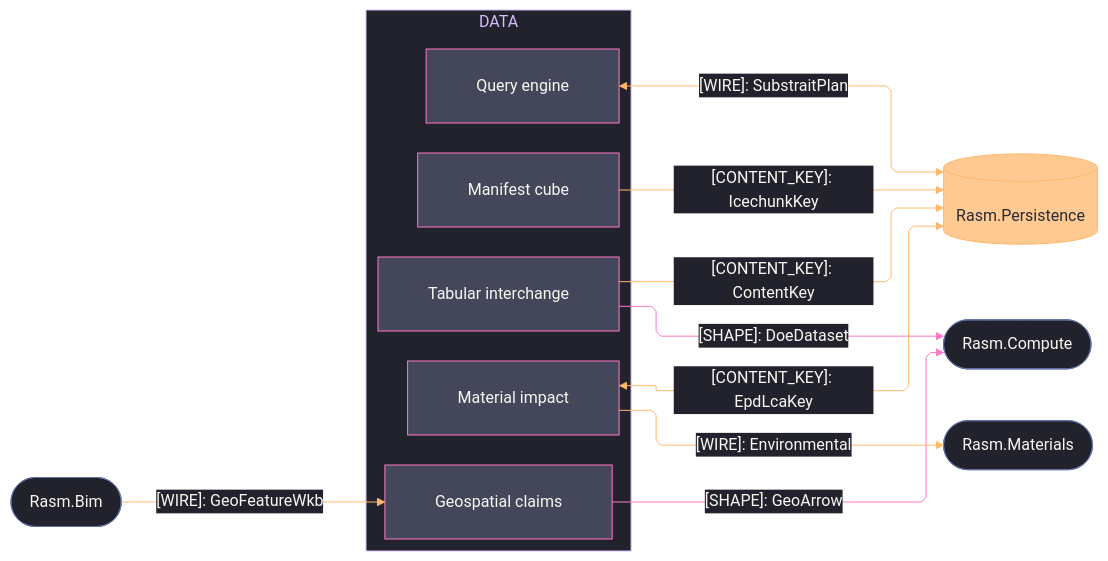
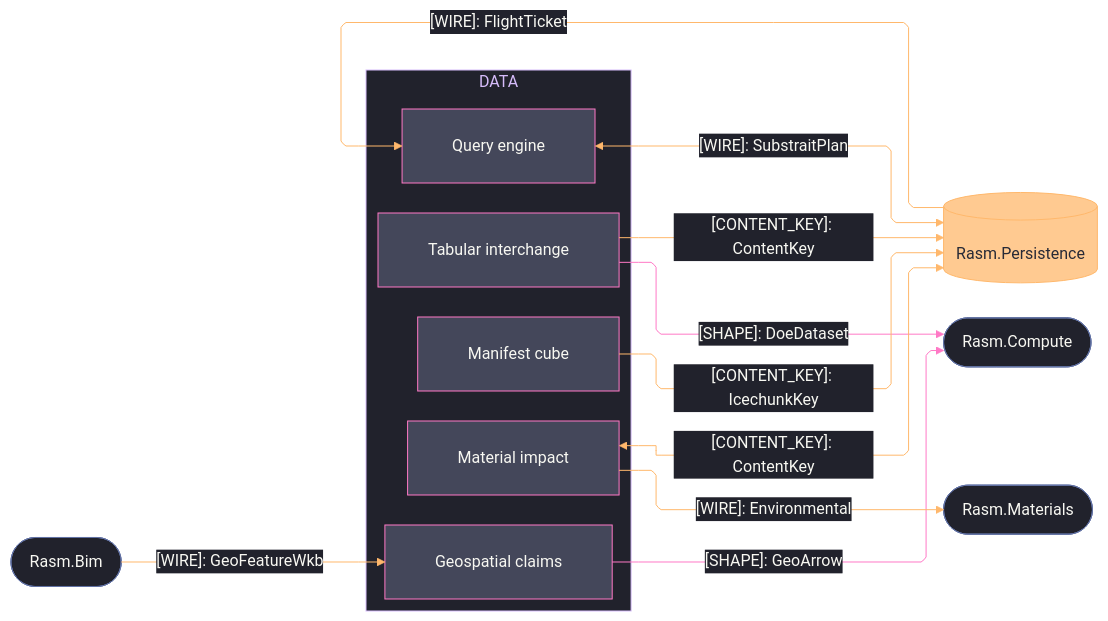
One commit to bsamiee/Rasm changed the second of 3 diagrams in libs/python/data/ARCHITECTURE.md. Above: the diagram before and after it, drawn with Mermaid. The commit also changed other lines of this file and 24 other files, not shown here.

Commit message:
architecture: seam registries + codemaps aligned across the estate (worker fabric edges, scene rows, csharp/ts seam mirrors)

````diff
--- a/libs/python/data/ARCHITECTURE.md
+++ b/libs/python/data/ARCHITECTURE.md
@@ -106,60 +116,61 @@
 ```mermaid
 ---
 config:
   theme: base
   look: classic
   layout: elk
   flowchart:
     curve: linear
     padding: 25
   themeVariables:
     darkMode: true
     fontFamily: "SF Mono, Menlo, Cascadia Mono, Segoe UI Mono, Consolas, monospace"
     useGradient: false
     dropShadow: "none"
     background: "#282A36"
     primaryColor: "#44475A"
     primaryTextColor: "#F8F8F2"
     primaryBorderColor: "#BD93F9"
     lineColor: "#FF79C6"
     textColor: "#F8F8F2"
     clusterBkg: "#21222C"
     clusterBorder: "#D6BCFA"
     edgeLabelBackground: "#21222C"
     labelBackgroundColor: "#21222C"
     titleColor: "#D6BCFA"
   themeCSS: ".nodeLabel{font-size:13px;font-weight:500}.edgeLabel{font-size:12px;font-weight:500}.cluster-label .nodeLabel{font-size:13.5px;font-weight:700;letter-spacing:.08em}.edge-thickness-normal{stroke-width:2px}.edge-thickness-thick{stroke-width:3px}.edge-pattern-dashed,.edge-pattern-dotted{stroke-width:1.5px;stroke-dasharray:4 6}.node rect,.node circle,.node polygon,.node path,.node .outer-path{stroke-width:1.5px;filter:none!important}.cluster rect{stroke-width:1px!important;stroke-dasharray:5 4!important;filter:none!important}.marker path{transform:scale(.8);transform-origin:5px 5px}.marker circle{transform:scale(.48);transform-origin:5px 5px}.edgeLabel rect{transform-box:fill-box;transform-origin:center;transform:scale(1.1,1.2)}"
 ---
 flowchart LR
     accTitle: Data package C#-peer seam registry
     accDescr: Data sub-domain owners exchanging frame shapes, content keys, plan wires, and the environmental set with the Rasm.Compute, Persistence, Materials, and Bim C# peers, edge rails colored by kind and nodes classed by seam direction.
     subgraph data[DATA]
         Tabular[Tabular interchange]
         Query[Query engine]
         Geospatial[Geospatial claims]
         Virtual[Manifest cube]
         Impact[Material impact]
     end
     Persistence[(Rasm.Persistence)]
     Compute([Rasm.Compute])
     Materials([Rasm.Materials])
     Bim([Rasm.Bim])
     Tabular e1@-->|"[SHAPE]: DoeDataset"| Compute
     Geospatial e2@-->|"[SHAPE]: GeoArrow"| Compute
     Tabular e3@-->|"[CONTENT_KEY]: ContentKey"| Persistence
     Query e4@<-->|"[WIRE]: SubstraitPlan"| Persistence
     Virtual e5@-->|"[CONTENT_KEY]: IcechunkKey"| Persistence
-    Impact e6@<-->|"[CONTENT_KEY]: EpdLcaKey"| Persistence
+    Impact e6@<-->|"[CONTENT_KEY]: ContentKey"| Persistence
     Impact e7@-->|"[WIRE]: Environmental"| Materials
     Bim e8@-->|"[WIRE]: GeoFeatureWkb"| Geospatial
+    Persistence e9@-->|"[WIRE]: FlightTicket"| Query
     classDef primary fill:#44475A,stroke:#FF79C6,color:#F8F8F2
     classDef data fill:#FFB86CBF,stroke:#FFB86C,color:#282A36
-    classDef annotation fill:#21222C,stroke:#6272A4,color:#F8F8F2
+    classDef recessed fill:#21222C,stroke:#6272A4,color:#F8F8F2
     classDef edgeData stroke:#FFB86C,color:#F8F8F2
     classDef edgeControl stroke:#FF79C6,color:#F8F8F2
     class Tabular,Query,Geospatial,Virtual,Impact primary
     class Persistence data
-    class Compute,Materials,Bim annotation
+    class Compute,Materials,Bim recessed
     class e1,e2 edgeControl
-    class e3,e4,e5,e6,e7,e8 edgeData
+    class e3,e4,e5,e6,e7,e8,e9 edgeData
 ```
````
